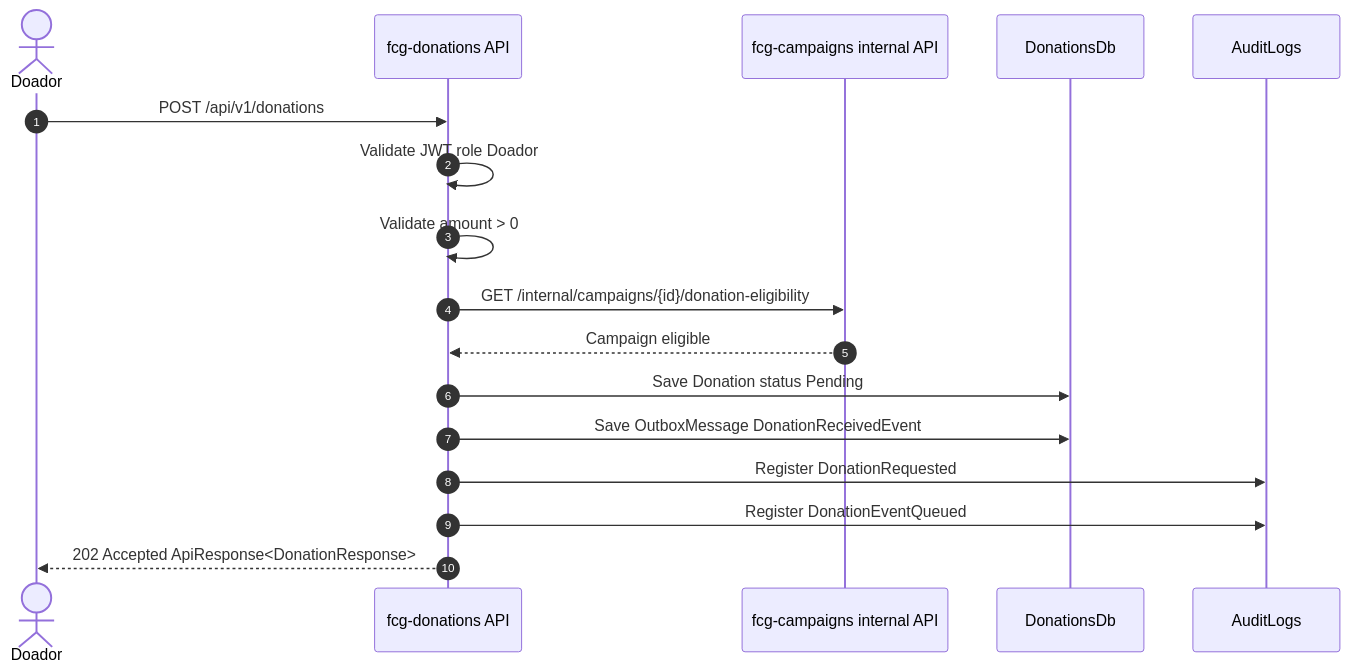
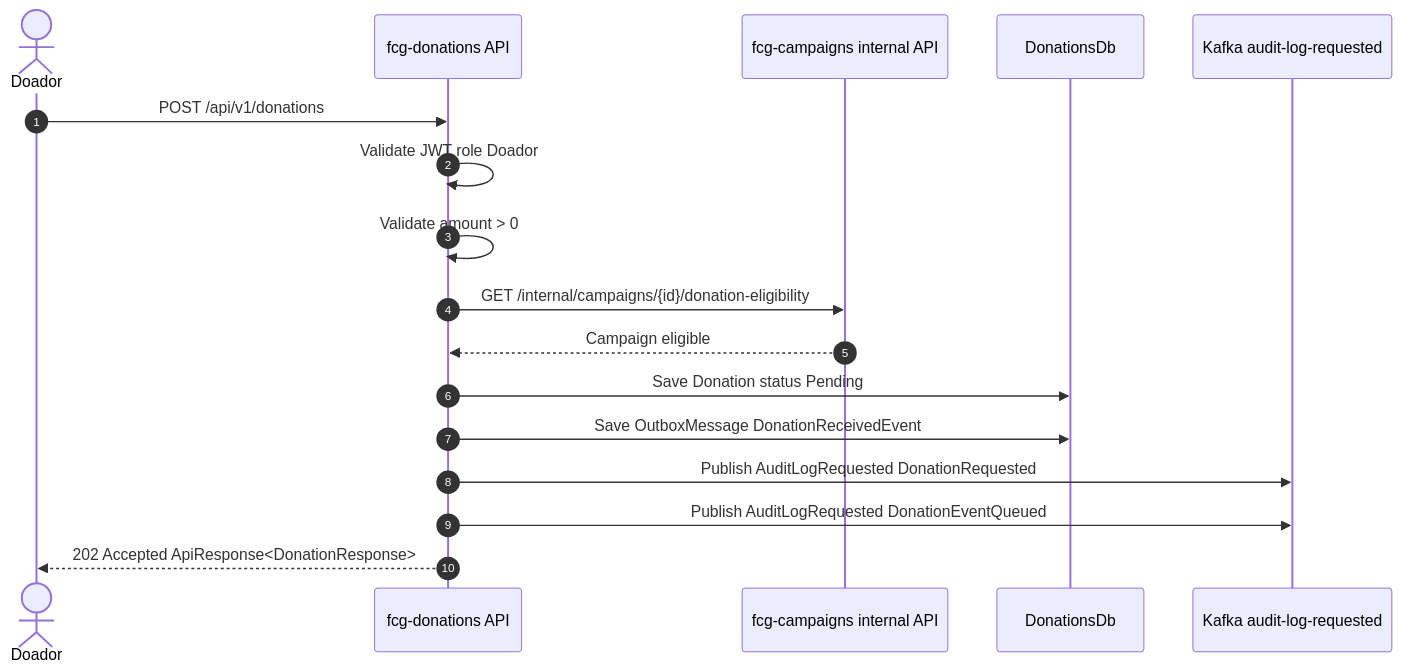
Diagram 20 of 30 in architecture/endpoint-flows.md (group10-tc-01/fcs-fase05-docs), drawn with Mermaid before and after one commit. The commit also changed other lines of this file and 15 other files, not shown here.

````diff
--- a/architecture/endpoint-flows.md
+++ b/architecture/endpoint-flows.md
@@ -405,20 +405,20 @@
 ```mermaid
 sequenceDiagram
     autonumber
     actor Donor as Doador
     participant DonationsApi as fcg-donations API
     participant CampaignsApi as fcg-campaigns internal API
     participant DonationsDb as DonationsDb
-    participant Audit as AuditLogs
+    participant AuditKafka as Kafka audit-log-requested
 
     Donor->>DonationsApi: POST /api/v1/donations
     DonationsApi->>DonationsApi: Validate JWT role Doador
     DonationsApi->>DonationsApi: Validate amount > 0
     DonationsApi->>CampaignsApi: GET /internal/campaigns/{id}/donation-eligibility
     CampaignsApi-->>DonationsApi: Campaign eligible
     DonationsApi->>DonationsDb: Save Donation status Pending
     DonationsApi->>DonationsDb: Save OutboxMessage DonationReceivedEvent
-    DonationsApi->>Audit: Register DonationRequested
-    DonationsApi->>Audit: Register DonationEventQueued
+    DonationsApi->>AuditKafka: Publish AuditLogRequested DonationRequested
+    DonationsApi->>AuditKafka: Publish AuditLogRequested DonationEventQueued
     DonationsApi-->>Donor: 202 Accepted ApiResponse<DonationResponse>
 ```
````
